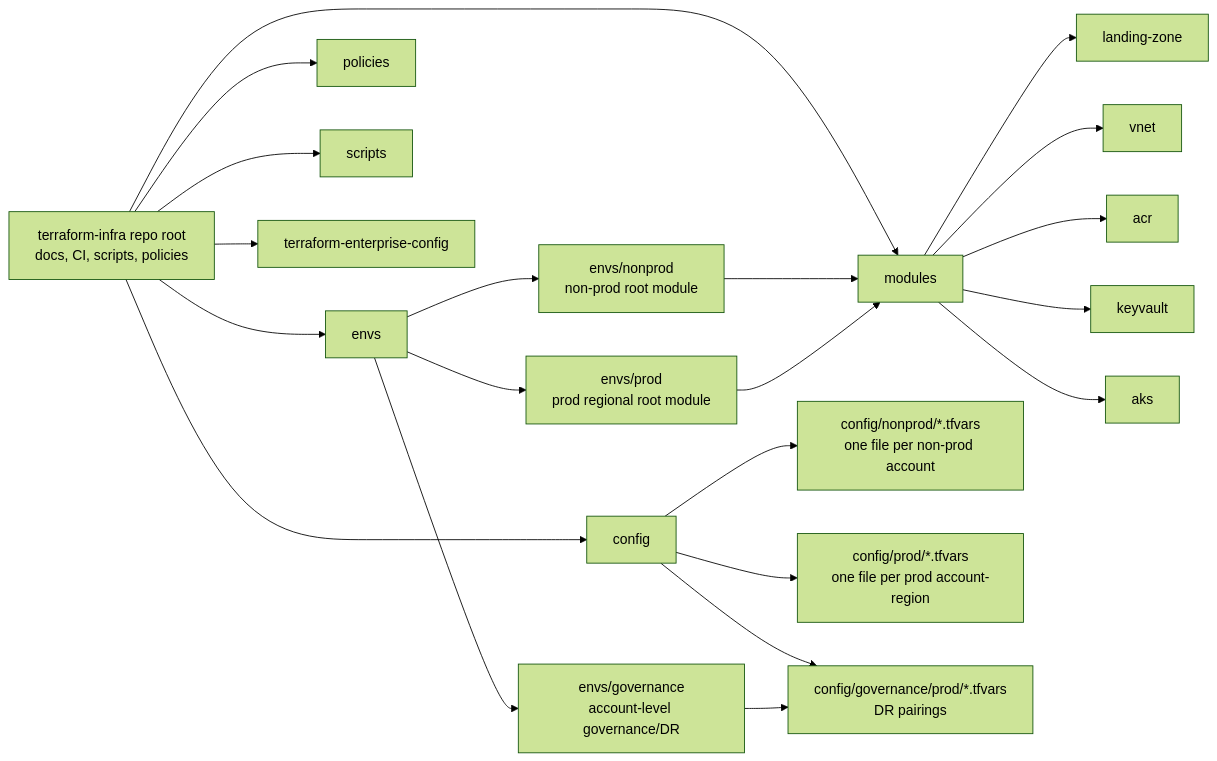
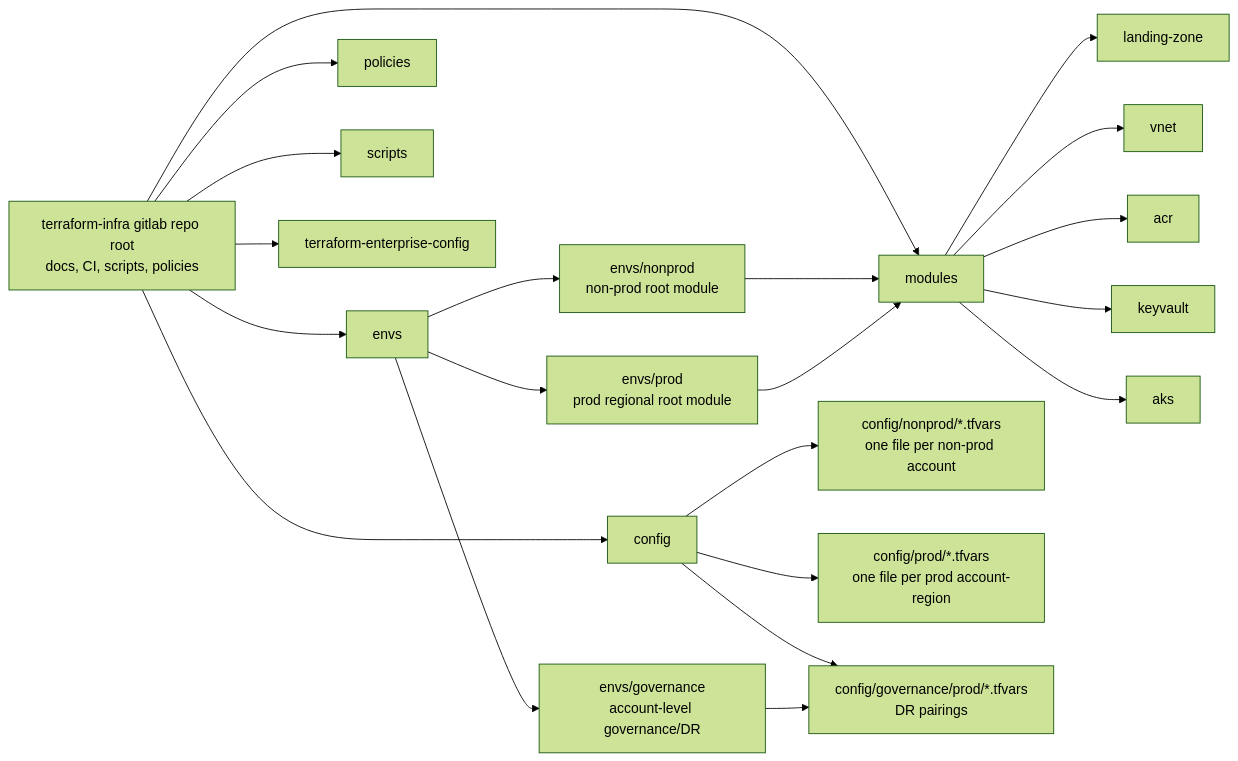
One commit to SagarDevExpo/terraform-infra changed the second of 4 diagrams in ARCHITECTURE.md. Above: the diagram before and after it, drawn with Mermaid (forest theme).

Commit message:
changes to mermaid

````diff
--- a/ARCHITECTURE.md
+++ b/ARCHITECTURE.md
@@ -33,27 +33,27 @@
 ```mermaid
 flowchart LR
-  Root[terraform-infra repo root<br/>docs, CI, scripts, policies] --> Envs[envs]
+  Root[terraform-infra gitlab repo root<br/>docs, CI, scripts, policies] --> Envs[envs]
   Root --> Config[config]
   Root --> Modules[modules]
   Root --> Policies[policies]
   Root --> Scripts[scripts]
   Root --> TFEConfig[terraform-enterprise-config]
 
   Envs --> Nonprod[envs/nonprod<br/>non-prod root module]
   Envs --> Prod[envs/prod<br/>prod regional root module]
   Envs --> Governance[envs/governance<br/>account-level governance/DR]
 
   Config --> NPConfig[config/nonprod/*.tfvars<br/>one file per non-prod account]
   Config --> ProdConfig[config/prod/*.tfvars<br/>one file per prod account-region]
   Config --> GovConfig[config/governance/prod/*.tfvars<br/>DR pairings]
 
   Modules --> LZ[landing-zone]
   Modules --> VNet[vnet]
   Modules --> ACR[acr]
   Modules --> KV[keyvault]
   Modules --> AKS[aks]
 
   Nonprod --> Modules
   Prod --> Modules
   Governance --> GovConfig
 ```
````
